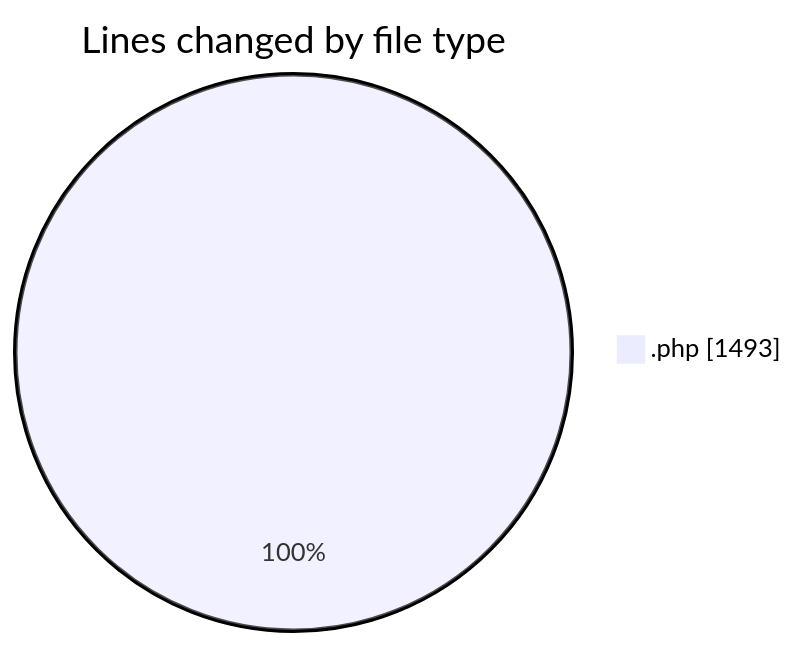
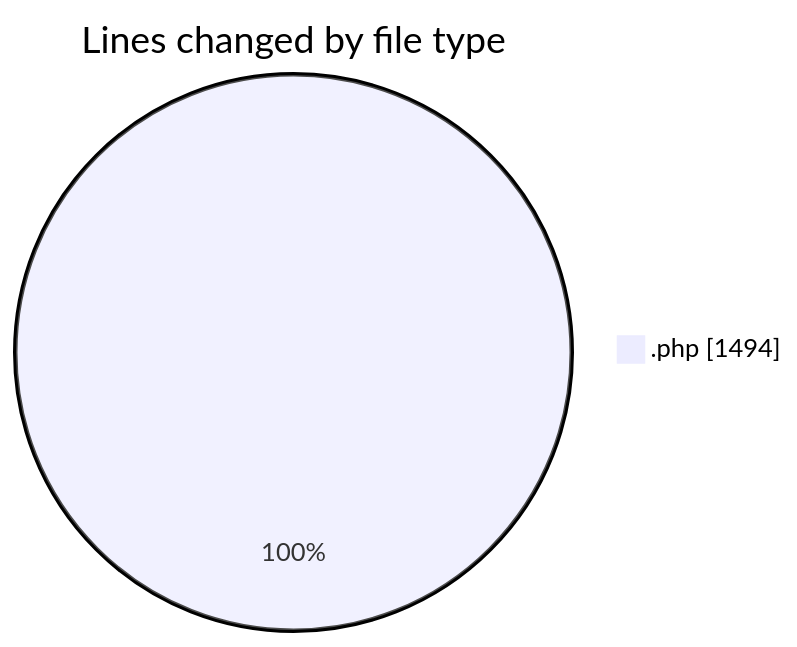
One commit to debugP/code-tracking changed the first of 2 diagrams in 2026-07-24/untitled__workspace_/README.md. Above: the diagram before and after it, drawn with Mermaid. The commit also changed other lines of this file and 1 other file, not shown here.

````diff
--- a/2026-07-24/untitled__workspace_/README.md
+++ b/2026-07-24/untitled__workspace_/README.md
@@ -20,5 +20,5 @@
 ```mermaid
 pie showData
 title Lines changed by file type
-".php" : 1493
+".php" : 1494
 ```
````
